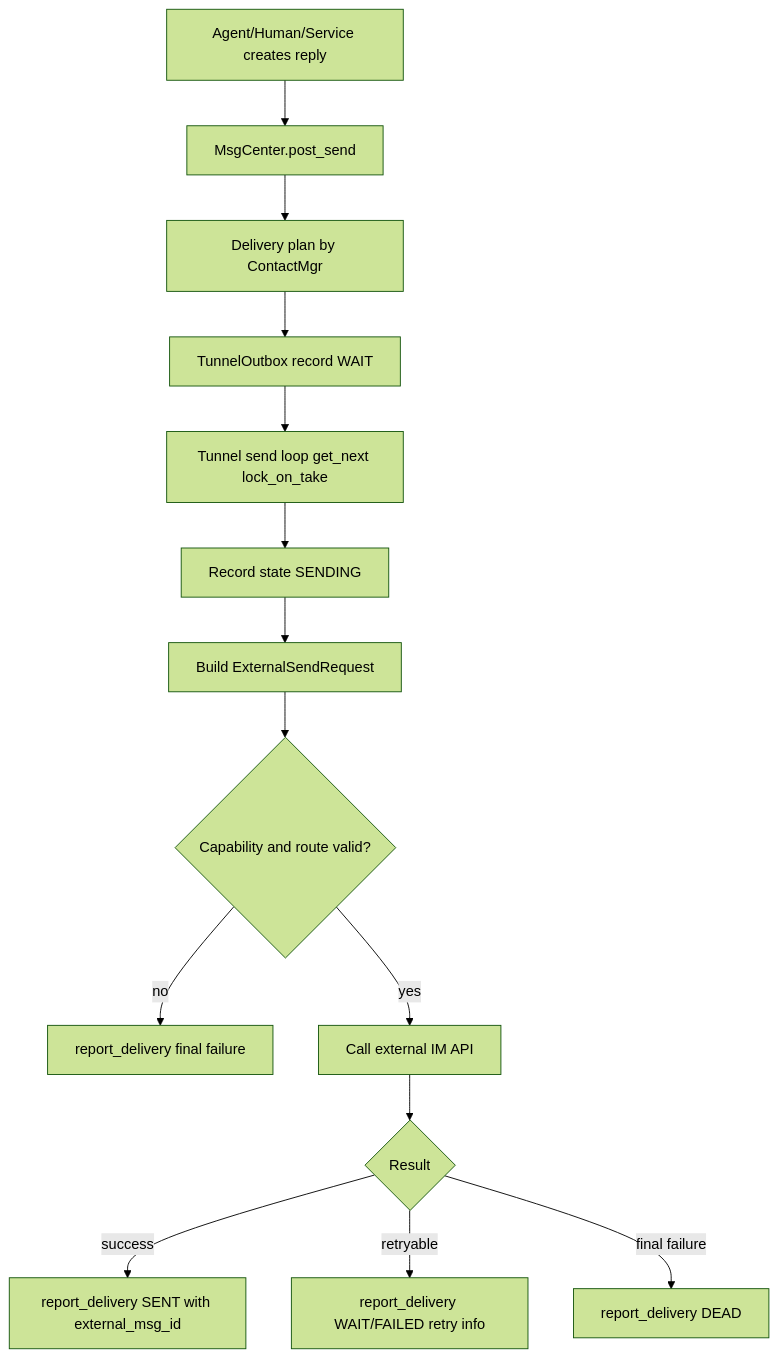
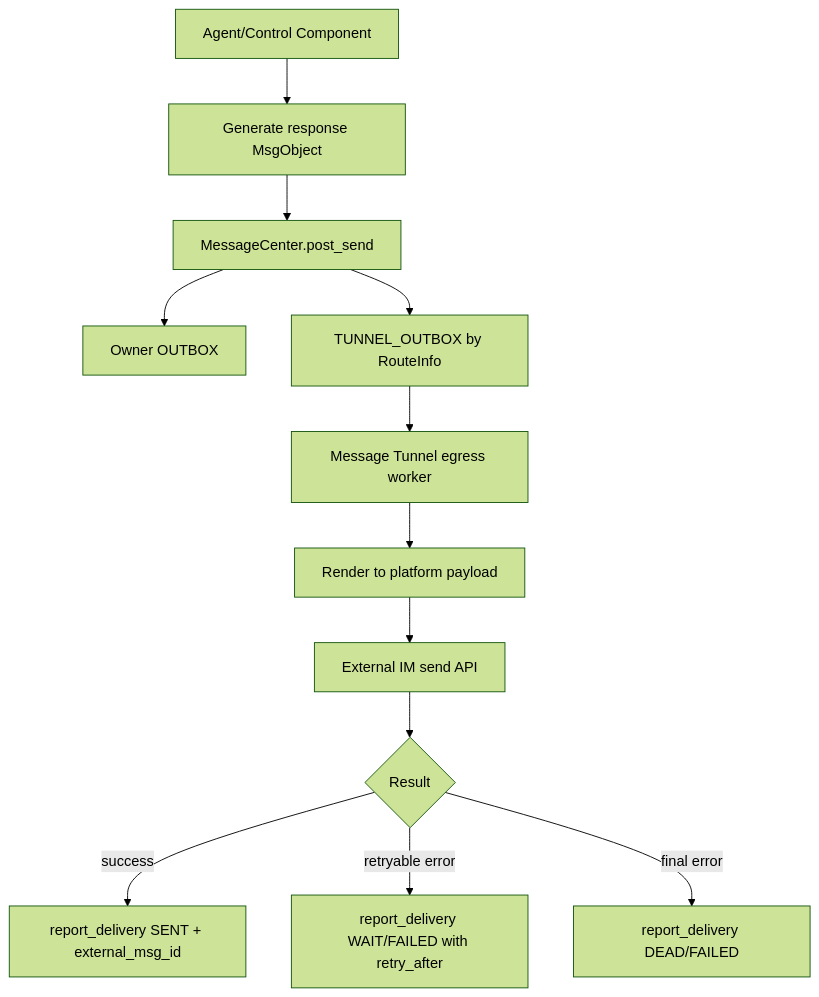
One commit to wugren/buckyos changed the second of 2 diagrams in doc/message_hub/Message Tunnel Design.md. Above: the diagram before and after it, drawn with Mermaid (forest theme). The commit also changed other lines of this file and 1 other file, not shown here.

Commit message:
docs: define message tunnel design

````diff
--- a/doc/message_hub/Message Tunnel Design.md
+++ b/doc/message_hub/Message Tunnel Design.md
@@ -571,16 +110,14 @@
 ```mermaid
 flowchart TD
-    A[Agent/Human/Service creates reply] --> B[MsgCenter.post_send]
-    B --> C[Delivery plan by ContactMgr]
-    C --> D[TunnelOutbox record WAIT]
-    D --> E[Tunnel send loop get_next lock_on_take]
-    E --> F[Record state SENDING]
-    F --> G[Build ExternalSendRequest]
-    G --> H{Capability and route valid?}
-    H -- no --> I[report_delivery final failure]
-    H -- yes --> J[Call external IM API]
-    J --> K{Result}
-    K -- success --> L[report_delivery SENT with external_msg_id]
-    K -- retryable --> M[report_delivery WAIT/FAILED retry info]
-    K -- final failure --> N[report_delivery DEAD]
+    A[Agent/Control Component] --> B[Generate response MsgObject]
+    B --> C[MessageCenter.post_send]
+    C --> D[Owner OUTBOX]
+    C --> E[TUNNEL_OUTBOX by RouteInfo]
+    E --> F[Message Tunnel egress worker]
+    F --> G[Render to platform payload]
+    G --> H[External IM send API]
+    H --> I{Result}
+    I -- success --> J[report_delivery SENT + external_msg_id]
+    I -- retryable error --> K[report_delivery WAIT/FAILED with retry_after]
+    I -- final error --> L[report_delivery DEAD/FAILED]
 ```
````
